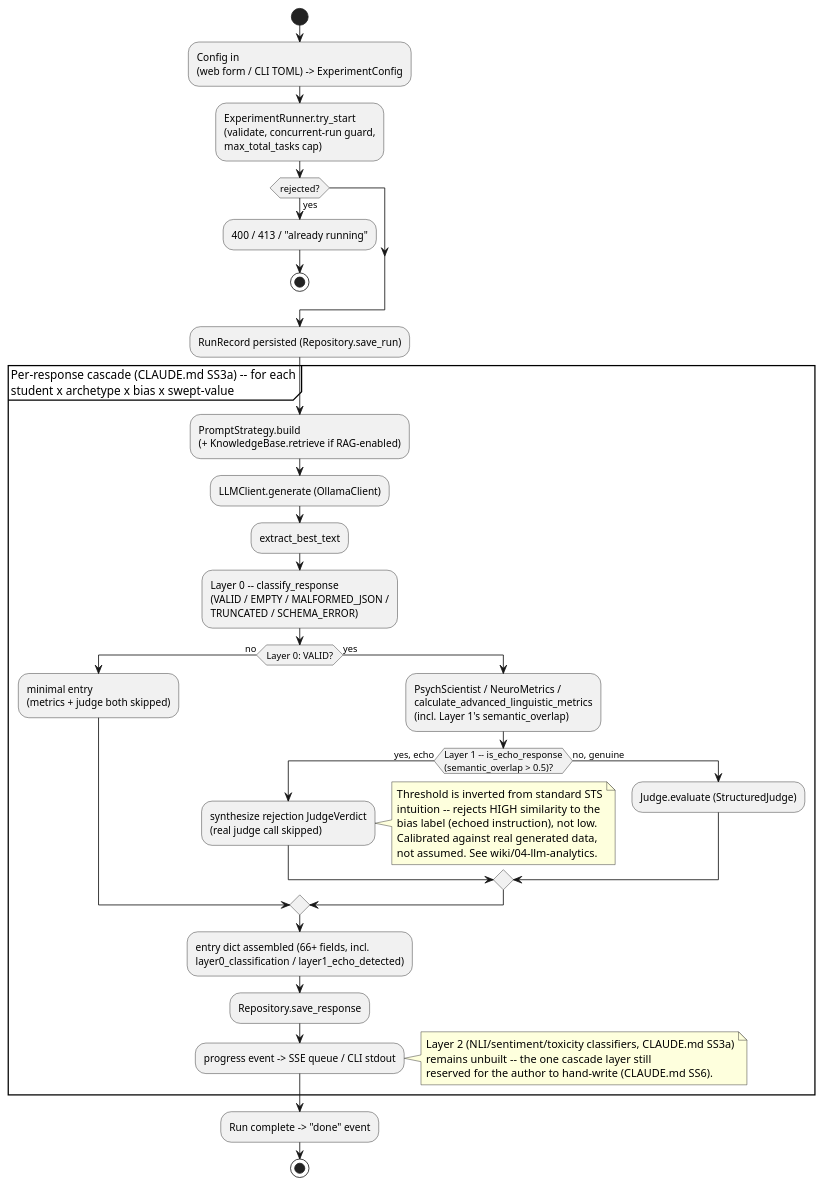
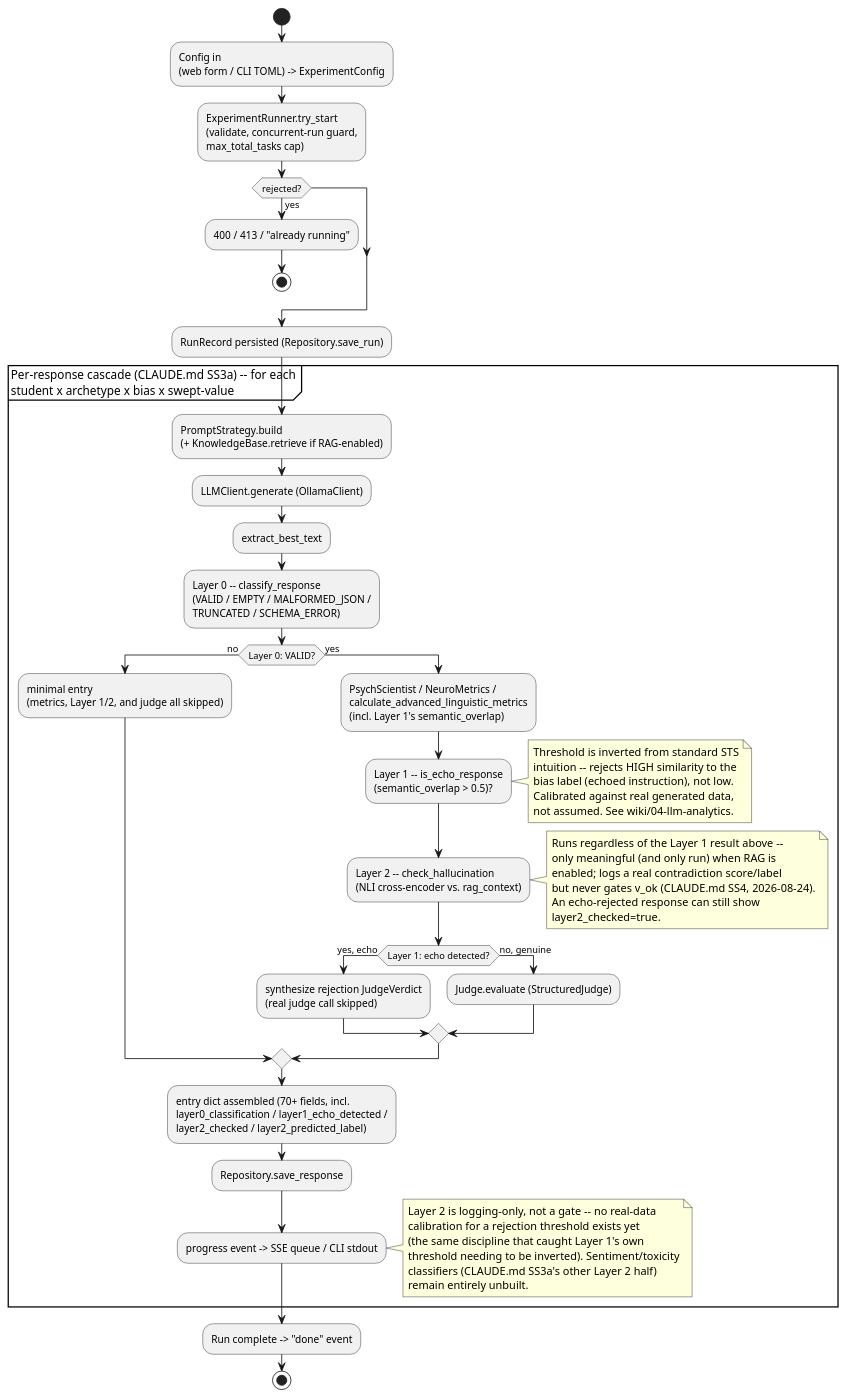
One commit to ooge0/nn_lab changed the third of 9 diagrams in docs/source/architecture.rst. Above: the diagram before and after it, drawn with PlantUML. The commit also changed other lines of this file and 3 other files, not shown here.

```diff
--- a/docs/source/architecture.rst
+++ b/docs/source/architecture.rst
@@ -173,41 +173,44 @@
 .. uml::
 
    @startuml
    skinparam backgroundColor transparent
    skinparam shadowing false
 
    start
    :Config in\n(web form / CLI TOML) -> ExperimentConfig;
    :ExperimentRunner.try_start\n(validate, concurrent-run guard,\nmax_total_tasks cap);
    if (rejected?) then (yes)
      :400 / 413 / "already running";
      stop
    endif
    :RunRecord persisted (Repository.save_run);
 
    partition "Per-response cascade (CLAUDE.md SS3a) -- for each\nstudent x archetype x bias x swept-value" {
      :PromptStrategy.build\n(+ KnowledgeBase.retrieve if RAG-enabled);
      :LLMClient.generate (OllamaClient);
      :extract_best_text;
      :Layer 0 -- classify_response\n(VALID / EMPTY / MALFORMED_JSON /\nTRUNCATED / SCHEMA_ERROR);
      if (Layer 0: VALID?) then (no)
-       :minimal entry\n(metrics + judge both skipped);
+       :minimal entry\n(metrics, Layer 1/2, and judge all skipped);
      else (yes)
        :PsychScientist / NeuroMetrics /\ncalculate_advanced_linguistic_metrics\n(incl. Layer 1's semantic_overlap);
-       if (Layer 1 -- is_echo_response\n(semantic_overlap > 0.5)?) then (yes, echo)
+       :Layer 1 -- is_echo_response\n(semantic_overlap > 0.5)?;
+       note right: Threshold is inverted from standard STS\nintuition -- rejects HIGH similarity to the\nbias label (echoed instruction), not low.\nCalibrated against real generated data,\nnot assumed. See wiki/04-llm-analytics.
+       :Layer 2 -- check_hallucination\n(NLI cross-encoder vs. rag_context);
+       note right: Runs regardless of the Layer 1 result above --\nonly meaningful (and only run) when RAG is\nenabled; logs a real contradiction score/label\nbut never gates v_ok (CLAUDE.md SS4, 2026-08-24).\nAn echo-rejected response can still show\nlayer2_checked=true.
+       if (Layer 1: echo detected?) then (yes, echo)
          :synthesize rejection JudgeVerdict\n(real judge call skipped);
-         note right: Threshold is inverted from standard STS\nintuition -- rejects HIGH similarity to the\nbias label (echoed instruction), not low.\nCalibrated against real generated data,\nnot assumed. See wiki/04-llm-analytics.
        else (no, genuine)
          :Judge.evaluate (StructuredJudge);
        endif
      endif
-     :entry dict assembled (66+ fields, incl.\nlayer0_classification / layer1_echo_detected);
+     :entry dict assembled (70+ fields, incl.\nlayer0_classification / layer1_echo_detected /\nlayer2_checked / layer2_predicted_label);
      :Repository.save_response;
      :progress event -> SSE queue / CLI stdout;
    }
-   note right: Layer 2 (NLI/sentiment/toxicity classifiers, CLAUDE.md SS3a)\nremains unbuilt -- the one cascade layer still\nreserved for the author to hand-write (CLAUDE.md SS6).
+   note right: Layer 2 is logging-only, not a gate -- no real-data\ncalibration for a rejection threshold exists yet\n(the same discipline that caught Layer 1's own\nthreshold needing to be inverted). Sentiment/toxicity\nclassifiers (CLAUDE.md SS3a's other Layer 2 half)\nremain entirely unbuilt.
 
    :Run complete -> "done" event;
    stop
 
    @enduml
```
